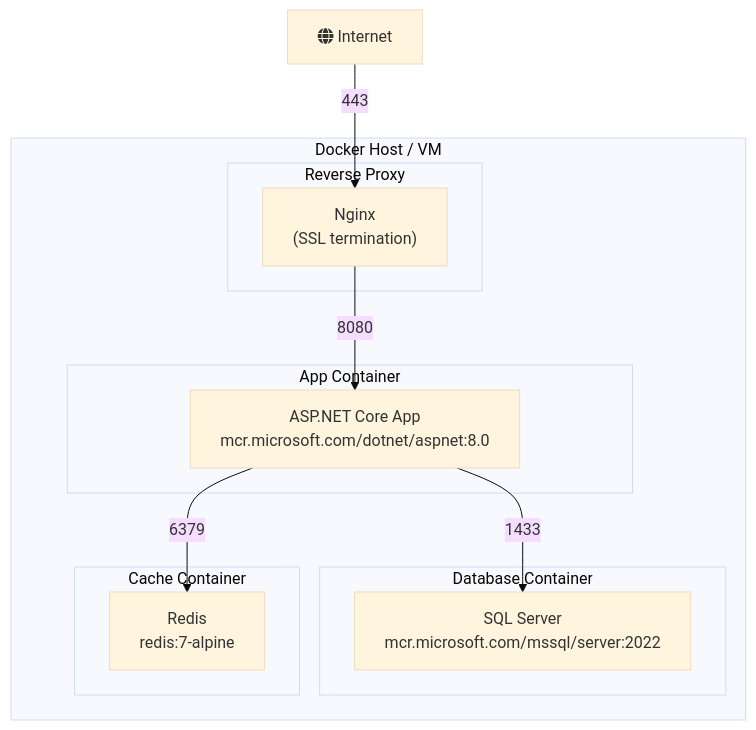
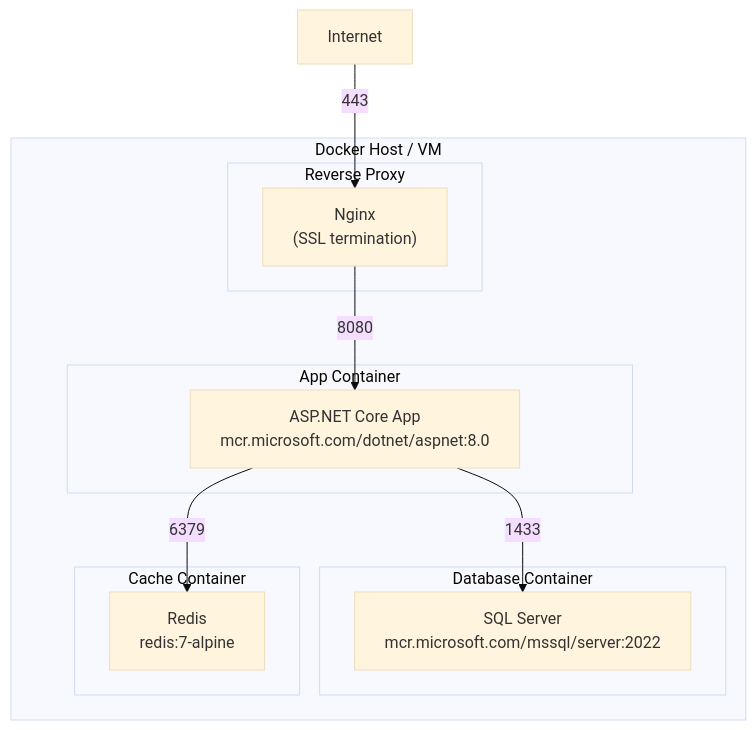
Before and after one commit to novotnyllc/dotnet-marketplace: diagram 13 of 23 in skills/documentation/dotnet-mermaid-diagrams/SKILL.md, drawn with Mermaid (base theme). The commit also changed other lines of this file and 1 other file, not shown here.

First line of the commit message:
fix(documentation): address review feedback for documentation and Mermaid skills

````diff
--- a/skills/documentation/dotnet-mermaid-diagrams/SKILL.md
+++ b/skills/documentation/dotnet-mermaid-diagrams/SKILL.md
@@ -426,25 +426,25 @@
 ```mermaid
 graph TB
     subgraph Host["Docker Host / VM"]
         subgraph AppContainer["App Container"]
             App["ASP.NET Core App<br/>mcr.microsoft.com/dotnet/aspnet:8.0"]
         end
 
         subgraph DBContainer["Database Container"]
             DB["SQL Server<br/>mcr.microsoft.com/mssql/server:2022"]
         end
 
         subgraph CacheContainer["Cache Container"]
             Redis["Redis<br/>redis:7-alpine"]
         end
 
         subgraph ReverseProxy["Reverse Proxy"]
             Nginx["Nginx<br/>(SSL termination)"]
         end
     end
 
-    Internet["fa:fa-globe Internet"] -->|"443"| Nginx
+    Internet["Internet"] -->|"443"| Nginx
     Nginx -->|"8080"| App
     App -->|"1433"| DB
     App -->|"6379"| Redis
 ```
````
